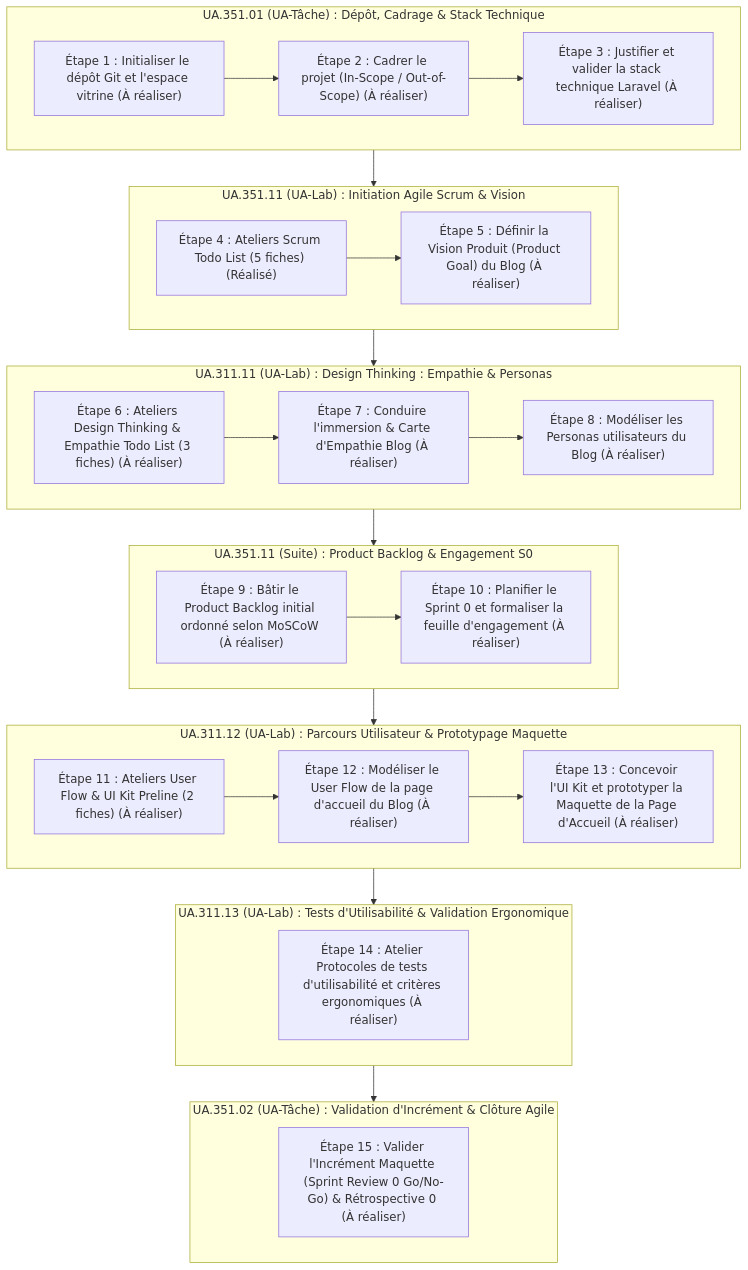
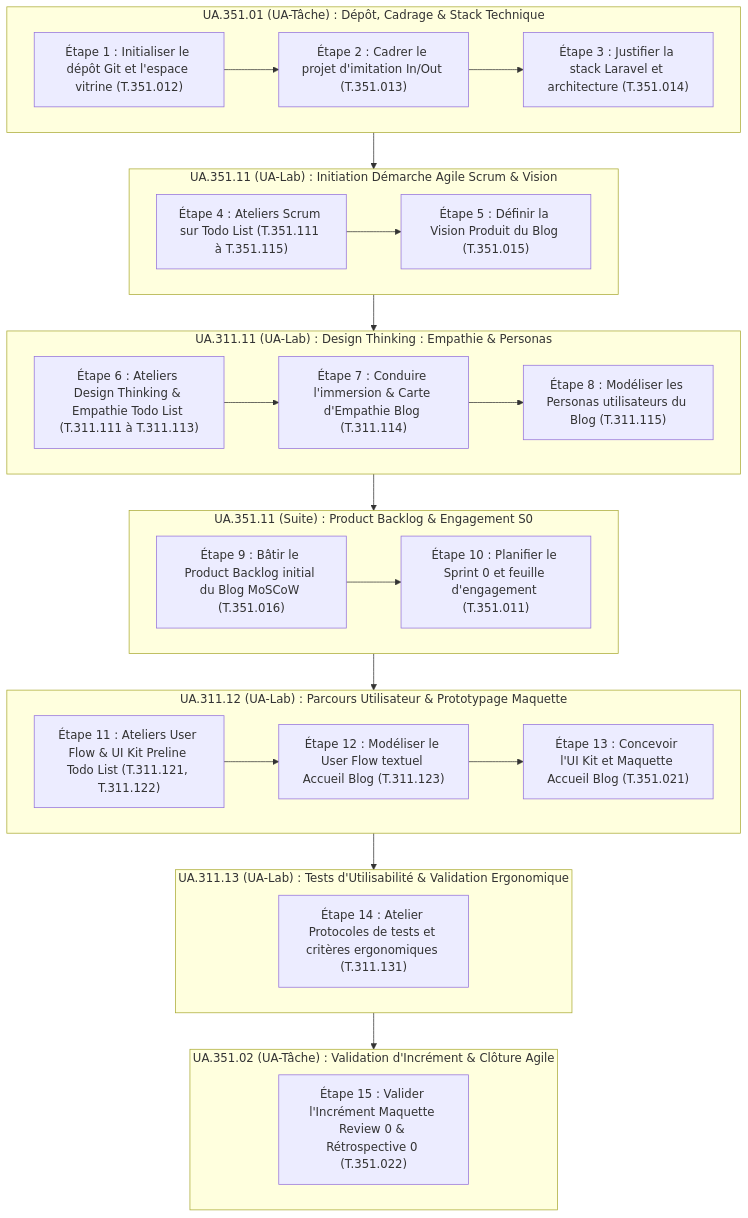
One commit to labs-web/projet-imiation-n3 changed the diagram in flux-travail/sessions/flux-travail-s0.md. Above: the diagram before and after it, drawn with Mermaid. The commit also changed other lines of this file, not shown here.

````diff
--- a/flux-travail/sessions/flux-travail-s0.md
+++ b/flux-travail/sessions/flux-travail-s0.md
@@ -60,45 +80,45 @@
 ```mermaid
 flowchart TD
     subgraph UA1 ["UA.351.01 (UA-Tâche) : Dépôt, Cadrage & Stack Technique"]
-        E1["Étape 1 : Initialiser le dépôt Git et l'espace vitrine (À réaliser)"]
-        E2["Étape 2 : Cadrer le projet (In-Scope / Out-of-Scope) (À réaliser)"]
-        E3["Étape 3 : Justifier et valider la stack technique Laravel (À réaliser)"]
+        E1["Étape 1 : Initialiser le dépôt Git et l'espace vitrine (T.351.012)"]
+        E2["Étape 2 : Cadrer le projet d'imitation In/Out (T.351.013)"]
+        E3["Étape 3 : Justifier la stack Laravel et architecture (T.351.014)"]
         E1 --> E2 --> E3
     end
 
-    subgraph UA2 ["UA.351.11 (UA-Lab) : Initiation Agile Scrum & Vision"]
-        E4["Étape 4 : Ateliers Scrum Todo List (5 fiches) (Réalisé)"]
-        E5["Étape 5 : Définir la Vision Produit (Product Goal) du Blog (À réaliser)"]
+    subgraph UA2 ["UA.351.11 (UA-Lab) : Initiation Démarche Agile Scrum & Vision"]
+        E4["Étape 4 : Ateliers Scrum sur Todo List (T.351.111 à T.351.115)"]
+        E5["Étape 5 : Définir la Vision Produit du Blog (T.351.015)"]
         E4 --> E5
     end
 
     subgraph UA3 ["UA.311.11 (UA-Lab) : Design Thinking : Empathie & Personas"]
-        E6["Étape 6 : Ateliers Design Thinking & Empathie Todo List (3 fiches) (À réaliser)"]
-        E7["Étape 7 : Conduire l'immersion & Carte d'Empathie Blog (À réaliser)"]
-        E8["Étape 8 : Modéliser les Personas utilisateurs du Blog (À réaliser)"]
+        E6["Étape 6 : Ateliers Design Thinking & Empathie Todo List (T.311.111 à T.311.113)"]
+        E7["Étape 7 : Conduire l'immersion & Carte d'Empathie Blog (T.311.114)"]
+        E8["Étape 8 : Modéliser les Personas utilisateurs du Blog (T.311.115)"]
         E6 --> E7 --> E8
     end
 
     subgraph UA2_Suite ["UA.351.11 (Suite) : Product Backlog & Engagement S0"]
-        E9["Étape 9 : Bâtir le Product Backlog initial ordonné selon MoSCoW (À réaliser)"]
-        E10["Étape 10 : Planifier le Sprint 0 et formaliser la feuille d'engagement (À réaliser)"]
+        E9["Étape 9 : Bâtir le Product Backlog initial du Blog MoSCoW (T.351.016)"]
+        E10["Étape 10 : Planifier le Sprint 0 et feuille d'engagement (T.351.011)"]
         E9 --> E10
     end
 
     subgraph UA4 ["UA.311.12 (UA-Lab) : Parcours Utilisateur & Prototypage Maquette"]
-        E11["Étape 11 : Ateliers User Flow & UI Kit Preline (2 fiches) (À réaliser)"]
-        E12["Étape 12 : Modéliser le User Flow de la page d'accueil du Blog (À réaliser)"]
-        E13["Étape 13 : Concevoir l'UI Kit et prototyper la Maquette de la Page d'Accueil (À réaliser)"]
+        E11["Étape 11 : Ateliers User Flow & UI Kit Preline Todo List (T.311.121, T.311.122)"]
+        E12["Étape 12 : Modéliser le User Flow textuel Accueil Blog (T.311.123)"]
+        E13["Étape 13 : Concevoir l'UI Kit et Maquette Accueil Blog (T.351.021)"]
         E11 --> E12 --> E13
     end
 
     subgraph UA5 ["UA.311.13 (UA-Lab) : Tests d'Utilisabilité & Validation Ergonomique"]
-        E14["Étape 14 : Atelier Protocoles de tests d'utilisabilité et critères ergonomiques (À réaliser)"]
+        E14["Étape 14 : Atelier Protocoles de tests et critères ergonomiques (T.311.131)"]
     end
 
     subgraph UA6 ["UA.351.02 (UA-Tâche) : Validation d'Incrément & Clôture Agile"]
-        E15["Étape 15 : Valider l'Incrément Maquette (Sprint Review 0 Go/No-Go) & Rétrospective 0 (À réaliser)"]
+        E15["Étape 15 : Valider l'Incrément Maquette Review 0 & Rétrospective 0 (T.351.022)"]
     end
 
     UA1 --> UA2 --> UA3 --> UA2_Suite --> UA4 --> UA5 --> UA6
 ```
````
